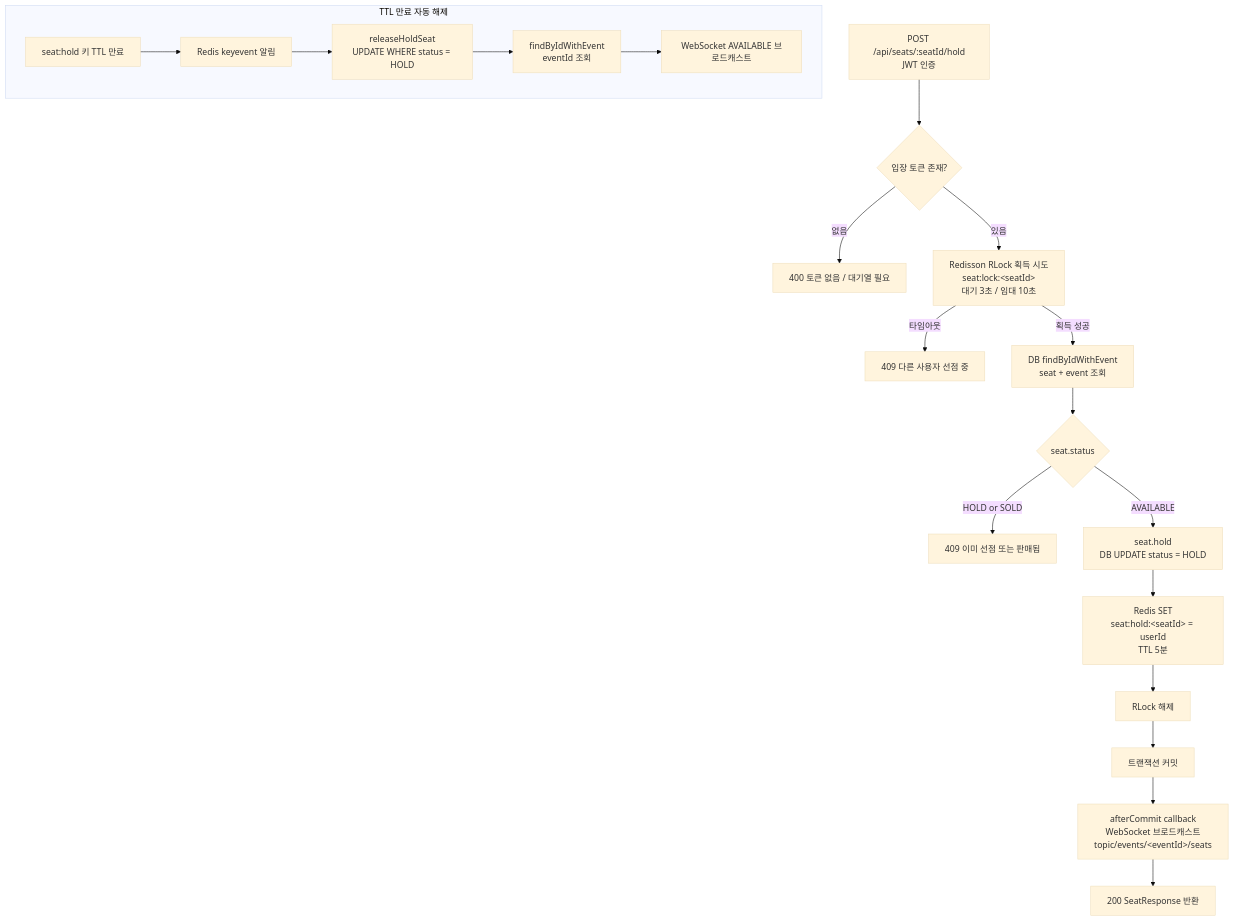
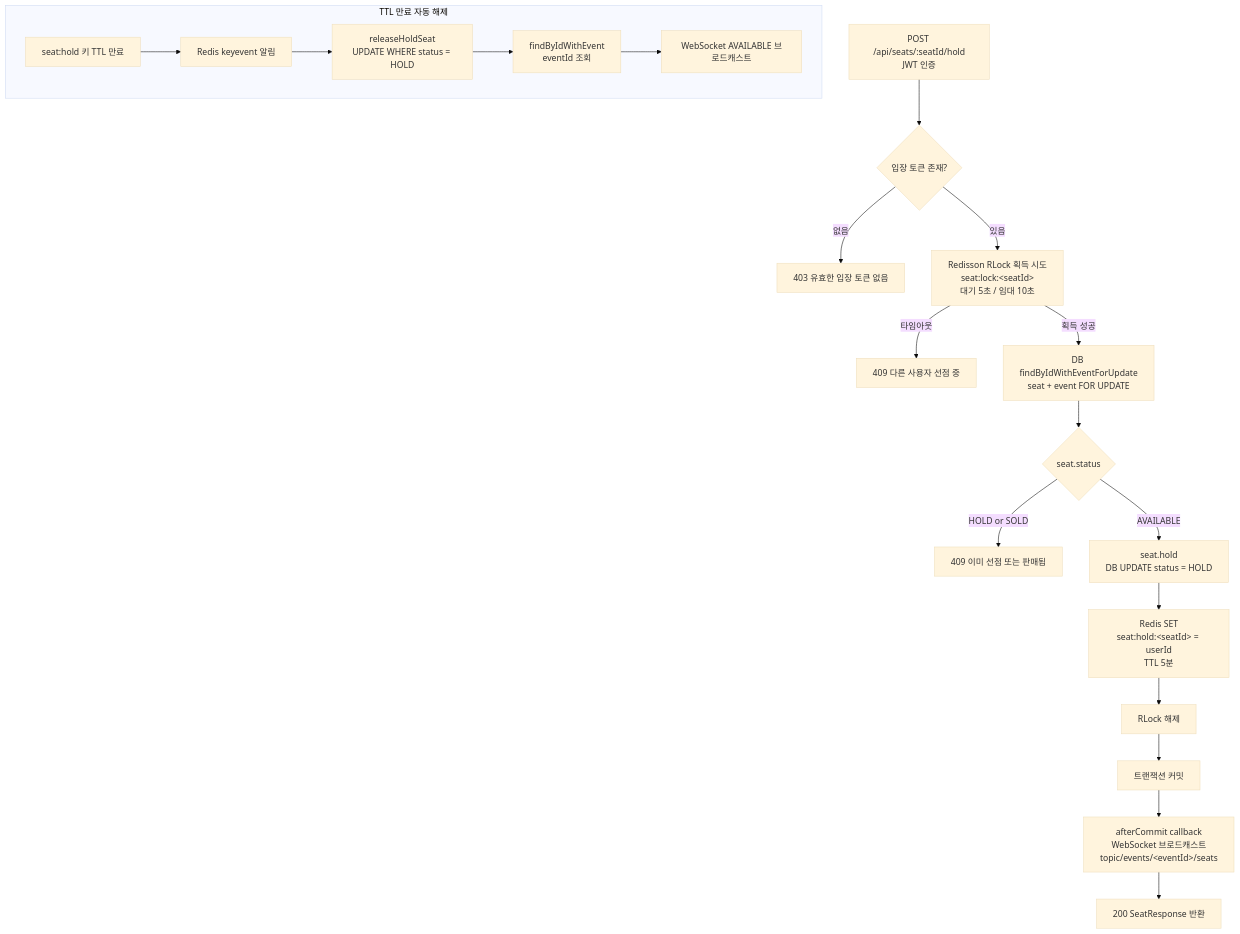
Before and after one commit to mercedes6115/ticketing-vibe: the second of 5 diagrams in docs/service-flow.md, drawn with Mermaid (base theme). The commit also changed other lines of this file and 6 other files, not shown here.

````diff
--- a/docs/service-flow.md
+++ b/docs/service-flow.md
@@ -43,23 +43,23 @@
 ```mermaid
 flowchart TD
     A["POST /api/seats/:seatId/hold<br/>JWT 인증"] --> B{"입장 토큰 존재?"}
-    B -->|없음| C["400 토큰 없음 / 대기열 필요"]
-    B -->|있음| D["Redisson RLock 획득 시도<br/>seat:lock:&lt;seatId&gt;<br/>대기 3초 / 임대 10초"]
+    B -->|없음| C["403 유효한 입장 토큰 없음"]
+    B -->|있음| D["Redisson RLock 획득 시도<br/>seat:lock:&lt;seatId&gt;<br/>대기 5초 / 임대 10초"]
     D -->|타임아웃| E["409 다른 사용자 선점 중"]
-    D -->|획득 성공| F["DB findByIdWithEvent<br/>seat + event 조회"]
+    D -->|획득 성공| F["DB findByIdWithEventForUpdate<br/>seat + event FOR UPDATE"]
     F --> G{"seat.status"}
     G -->|HOLD or SOLD| H["409 이미 선점 또는 판매됨"]
     G -->|AVAILABLE| I["seat.hold<br/>DB UPDATE status = HOLD"]
     I --> J["Redis SET<br/>seat:hold:&lt;seatId&gt; = userId<br/>TTL 5분"]
     J --> K["RLock 해제"]
     K --> L["트랜잭션 커밋"]
     L --> M["afterCommit callback<br/>WebSocket 브로드캐스트<br/>topic/events/&lt;eventId&gt;/seats"]
     M --> N["200 SeatResponse 반환"]
 
     subgraph TTL["TTL 만료 자동 해제"]
         O["seat:hold 키 TTL 만료"] --> P["Redis keyevent 알림"]
         P --> Q["releaseHoldSeat<br/>UPDATE WHERE status = HOLD"]
         Q --> R["findByIdWithEvent<br/>eventId 조회"]
         R --> S["WebSocket AVAILABLE 브로드캐스트"]
     end
 ```
````
